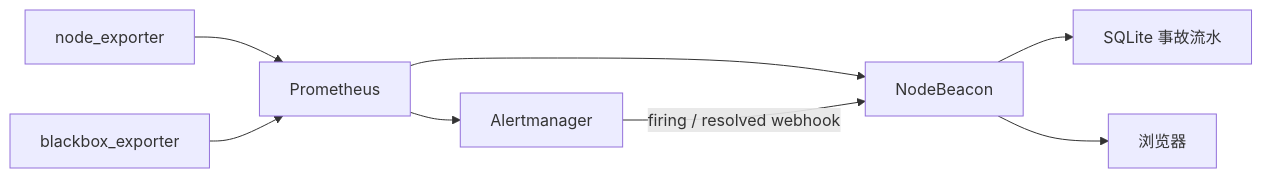
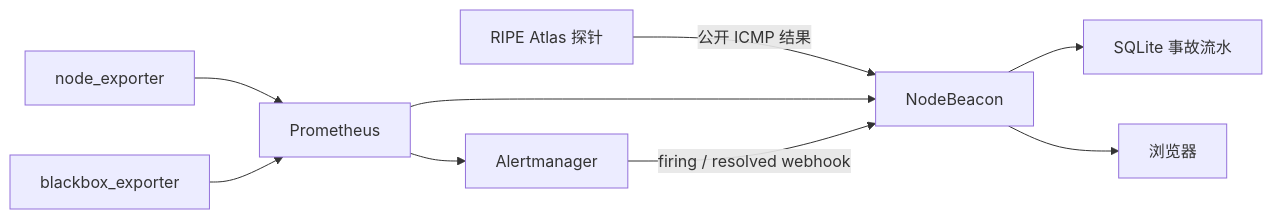
The second of 2 diagrams in README.md (xljya/NodeBeacon), drawn with Mermaid before and after one commit. The commit also changed other lines of this file and 18 other files, not shown here.

````diff
--- a/README.md
+++ b/README.md
@@ -140,18 +165,20 @@
 ```mermaid
 flowchart LR
     ne["node_exporter"]
     bb["blackbox_exporter"]
     prom["Prometheus"]
     am["Alertmanager"]
     nb["NodeBeacon"]
     ui["浏览器"]
     incidents["SQLite 事故流水"]
+    atlas["RIPE Atlas 探针"]
 
     ne --> prom
     bb --> prom
+    atlas -->|"公开 ICMP 结果"| nb
     prom --> nb
     prom --> am
     am -->|"firing / resolved webhook"| nb
     nb --> incidents
     nb --> ui
 ```
````
